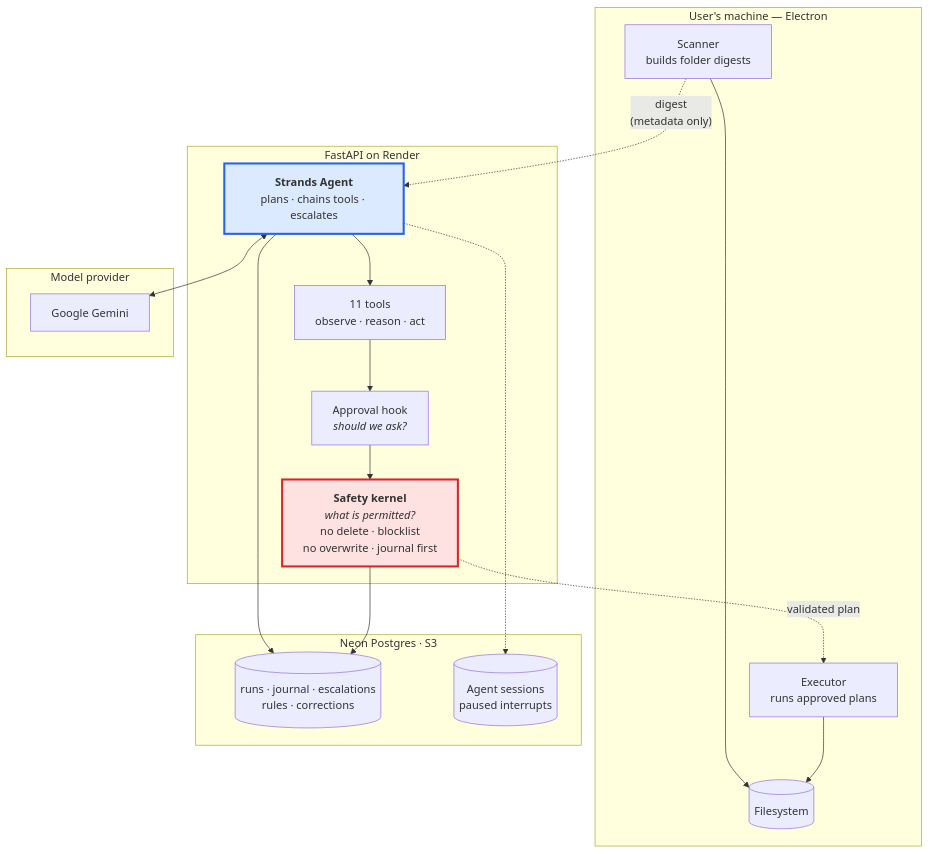
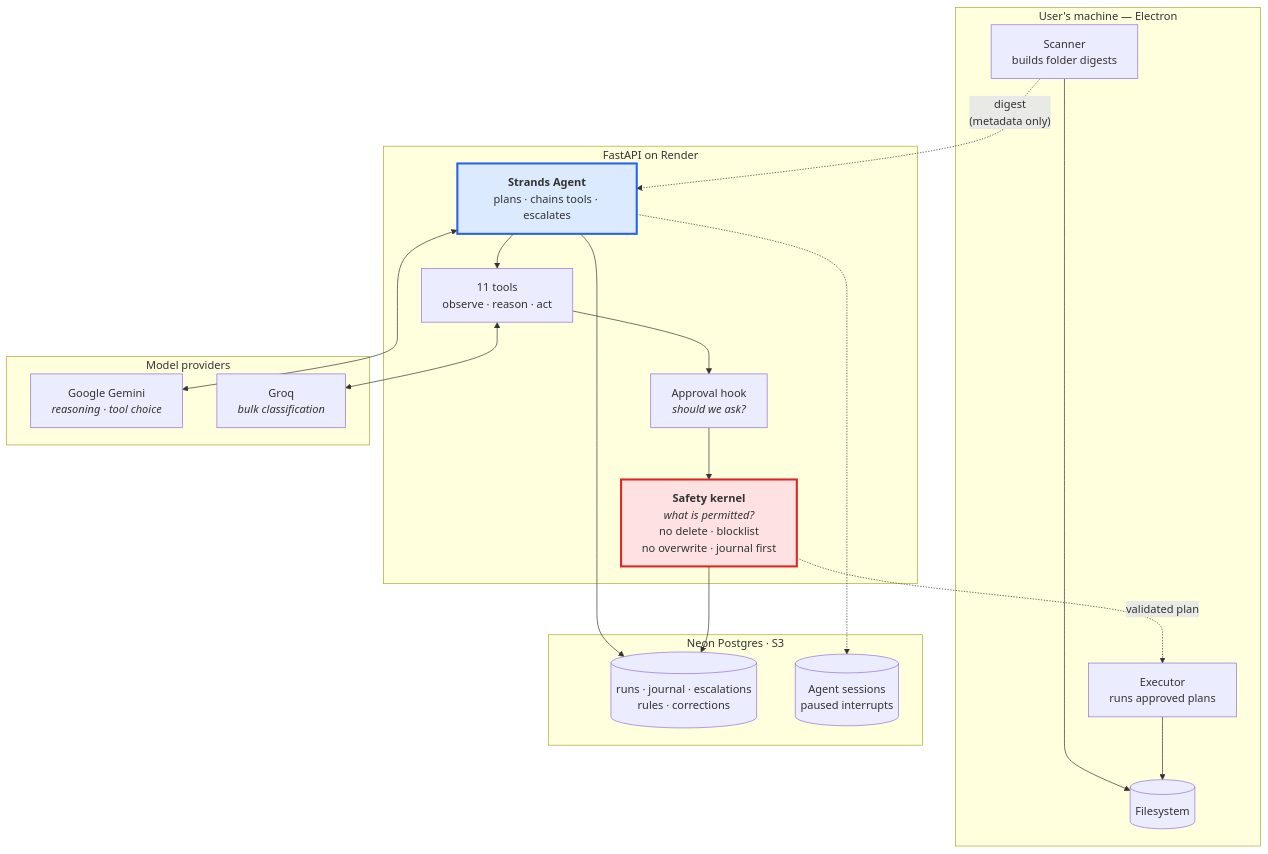
One commit to DrGitman/Mini-Manager changed the diagram in README.md. Above: the diagram before and after it, drawn with Mermaid. The commit also changed other lines of this file, not shown here.

First line of the commit message:
docs: the README omitted Groq, which does the actual classification

````diff
--- a/README.md
+++ b/README.md
@@ -68,39 +68,41 @@
 ```mermaid
 graph TB
     subgraph Cloud["FastAPI on Render"]
         AGENT["<b>Strands Agent</b><br/>plans · chains tools · escalates"]
         TOOLS["11 tools<br/>observe · reason · act"]
         HOOK["Approval hook<br/><i>should we ask?</i>"]
         KERNEL["<b>Safety kernel</b><br/><i>what is permitted?</i><br/>no delete · blocklist<br/>no overwrite · journal first"]
         AGENT --> TOOLS
         TOOLS --> HOOK
         HOOK --> KERNEL
     end
 
     subgraph Device["User's machine — Electron"]
         SCAN["Scanner<br/>builds folder digests"]
         EXEC["Executor<br/>runs approved plans"]
         FS[("Filesystem")]
         SCAN --> FS
         EXEC --> FS
     end
 
-    subgraph Model["Model provider"]
-        GEM["Google Gemini"]
+    subgraph Model["Model providers"]
+        GEM["Google Gemini<br/><i>reasoning · tool choice</i>"]
+        GROQ["Groq<br/><i>bulk classification</i>"]
     end
 
     subgraph Store["Neon Postgres · S3"]
         DB[("runs · journal · escalations<br/>rules · corrections")]
         S3[("Agent sessions<br/>paused interrupts")]
     end
 
     SCAN -.->|"digest<br/>(metadata only)"| AGENT
     KERNEL -.->|"validated plan"| EXEC
     AGENT <--> GEM
+    TOOLS <--> GROQ
     AGENT --> DB
     KERNEL --> DB
     AGENT -.-> S3
 
     style AGENT fill:#dbeafe,stroke:#2563eb,stroke-width:3px
     style KERNEL fill:#fee2e2,stroke:#dc2626,stroke-width:3px
 ```
````
